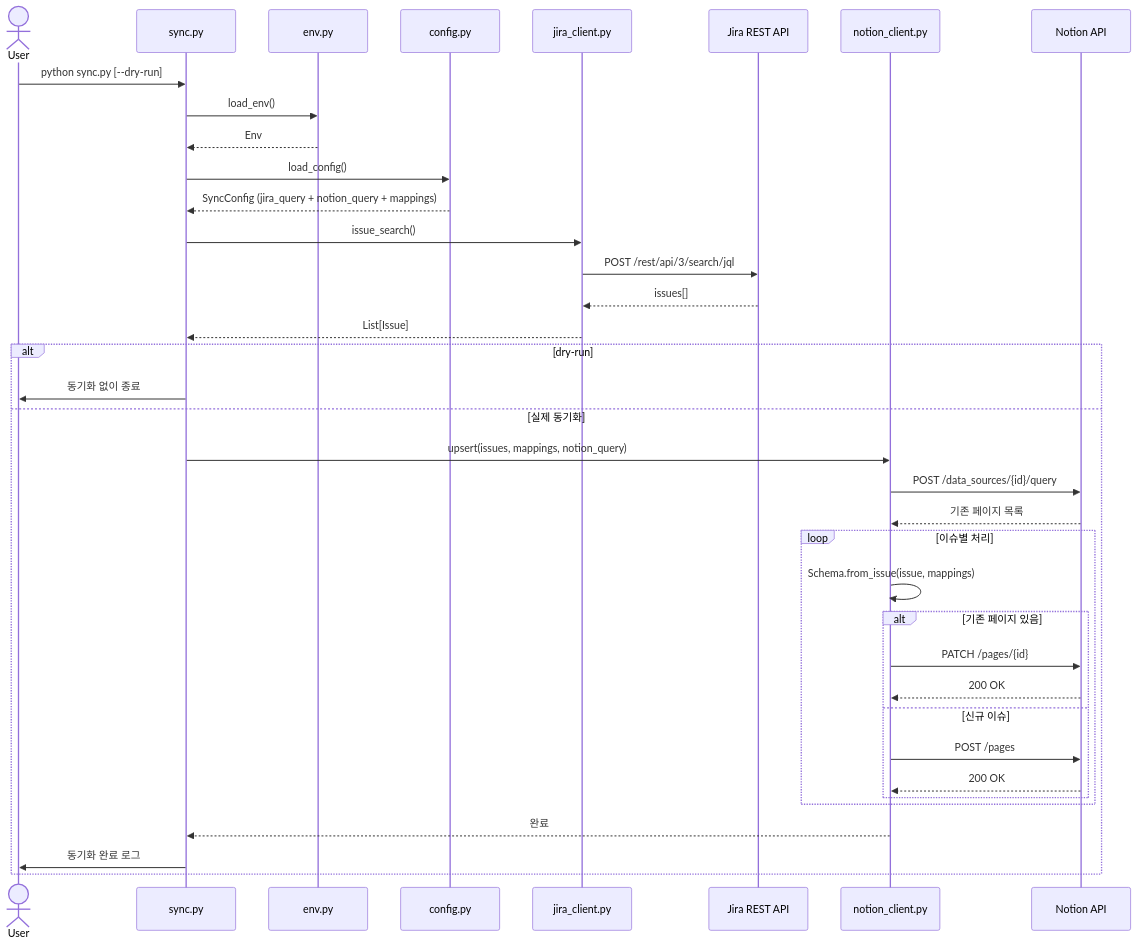
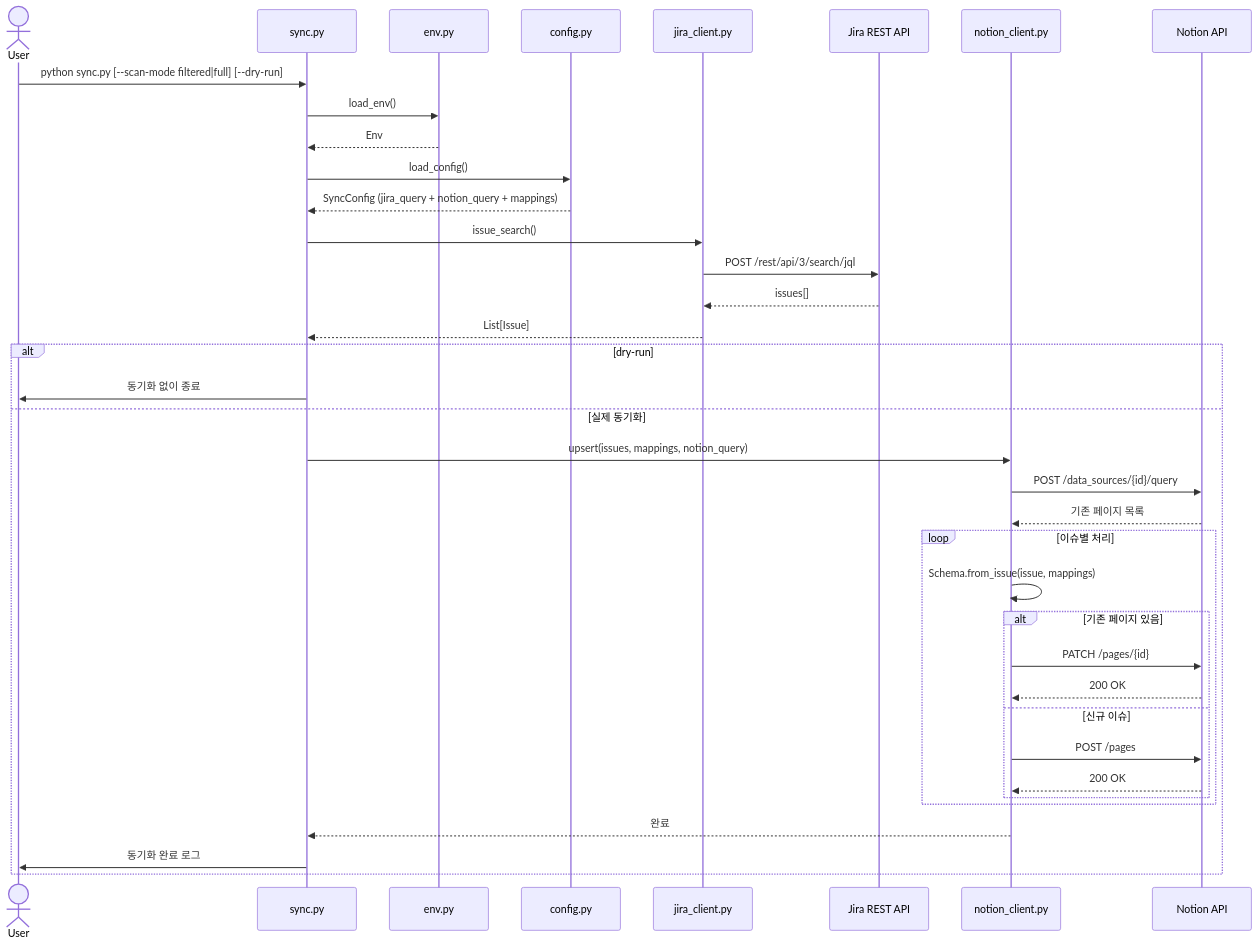
The diagram in README.md (Whale-Park18/jira-sync), drawn with Mermaid before and after one commit. The commit also changed other lines of this file and 1 other file, not shown here.

First line of the commit message:
docs: --scan-mode 옵션 문서화 및 sync_config.yaml 구조 추가

````diff
--- a/README.md
+++ b/README.md
@@ -54,45 +54,45 @@
 ```mermaid
 sequenceDiagram
     actor User
     participant sync as sync.py
     participant env as env.py
     participant config as config.py
     participant jira as jira_client.py
     participant JiraAPI as Jira REST API
     participant notion as notion_client.py
     participant NotionAPI as Notion API
 
-    User->>sync: python sync.py [--dry-run]
+    User->>sync: python sync.py [--scan-mode filtered|full] [--dry-run]
     sync->>env: load_env()
     env-->>sync: Env
     sync->>config: load_config()
     config-->>sync: SyncConfig (jira_query + notion_query + mappings)
 
     sync->>jira: issue_search()
     jira->>JiraAPI: POST /rest/api/3/search/jql
     JiraAPI-->>jira: issues[]
     jira-->>sync: List[Issue]
 
     alt dry-run
         sync->>User: 동기화 없이 종료
     else 실제 동기화
         sync->>notion: upsert(issues, mappings, notion_query)
         notion->>NotionAPI: POST /data_sources/{id}/query
         NotionAPI-->>notion: 기존 페이지 목록
 
         loop 이슈별 처리
             notion->>notion: Schema.from_issue(issue, mappings)
 
             alt 기존 페이지 있음
                 notion->>NotionAPI: PATCH /pages/{id}
                 NotionAPI-->>notion: 200 OK
             else 신규 이슈
                 notion->>NotionAPI: POST /pages
                 NotionAPI-->>notion: 200 OK
             end
         end
 
         notion-->>sync: 완료
         sync->>User: 동기화 완료 로그
     end
 ```
````
